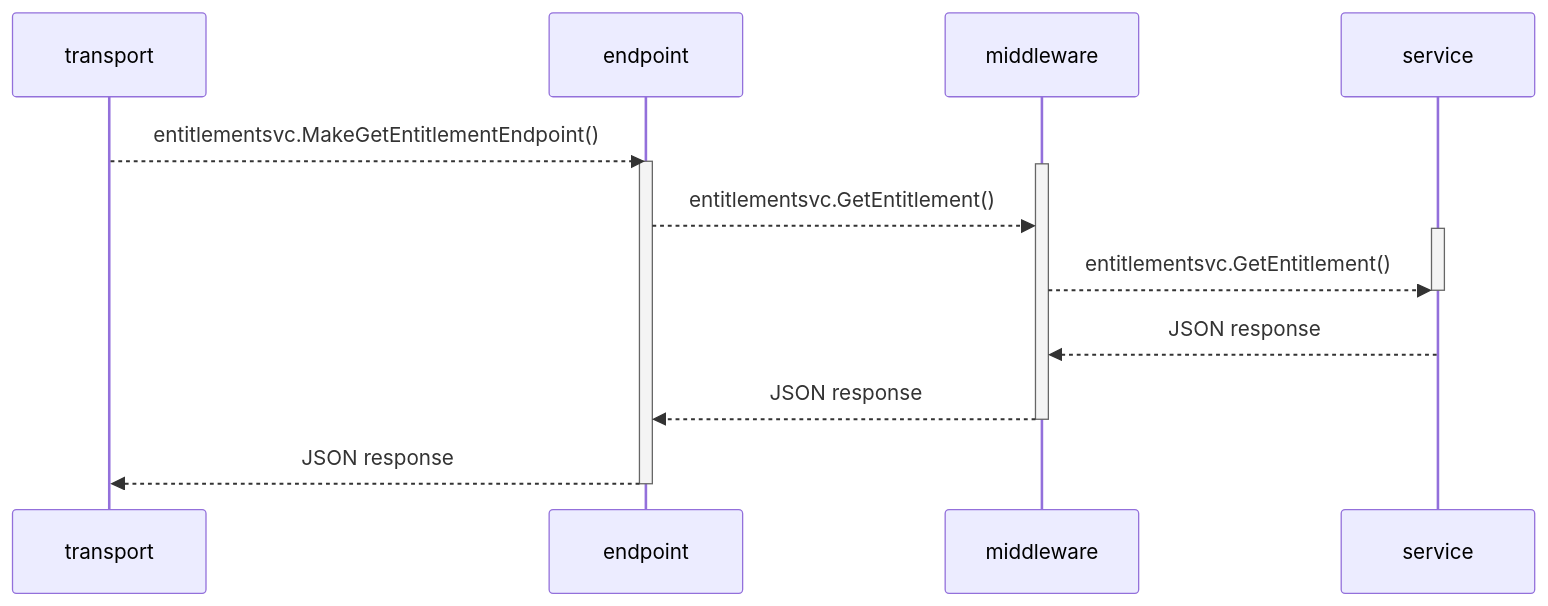
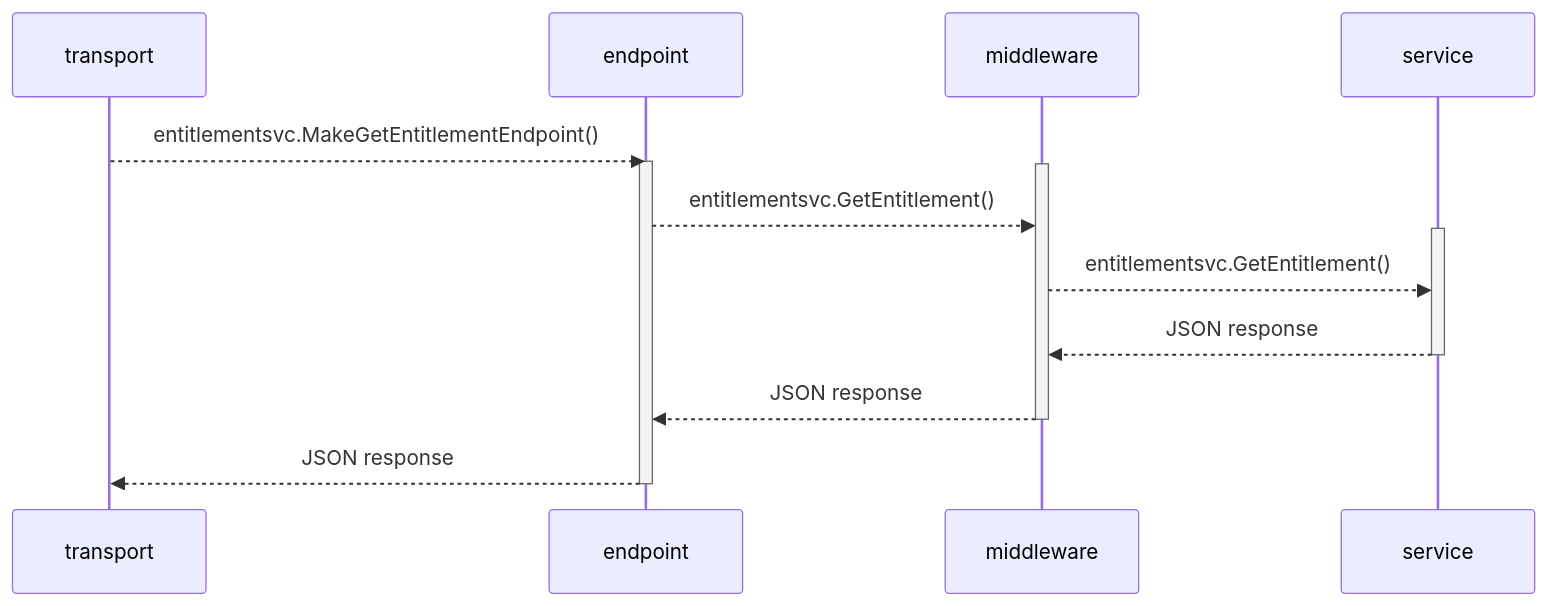
The diagram in README.md (ankurkumarz/golang-gokit-service-blueprint), drawn with Mermaid before and after one commit. The commit also changed other lines of this file, not shown here.

````diff
--- a/README.md
+++ b/README.md
@@ -24,19 +24,19 @@
 ```mermaid
 sequenceDiagram
     transport-->>endpoint: entitlementsvc.MakeGetEntitlementEndpoint()
     activate endpoint
 
     activate middleware
     endpoint-->>middleware: entitlementsvc.GetEntitlement()
 
     activate service
     middleware-->>service: entitlementsvc.GetEntitlement()
+    service-->>middleware: JSON response
     deactivate service
-
-    service-->>middleware: JSON response
+    
     middleware-->>endpoint: JSON response
     deactivate middleware
-    
+
     endpoint-->>transport: JSON response
     deactivate endpoint
 ```
````
